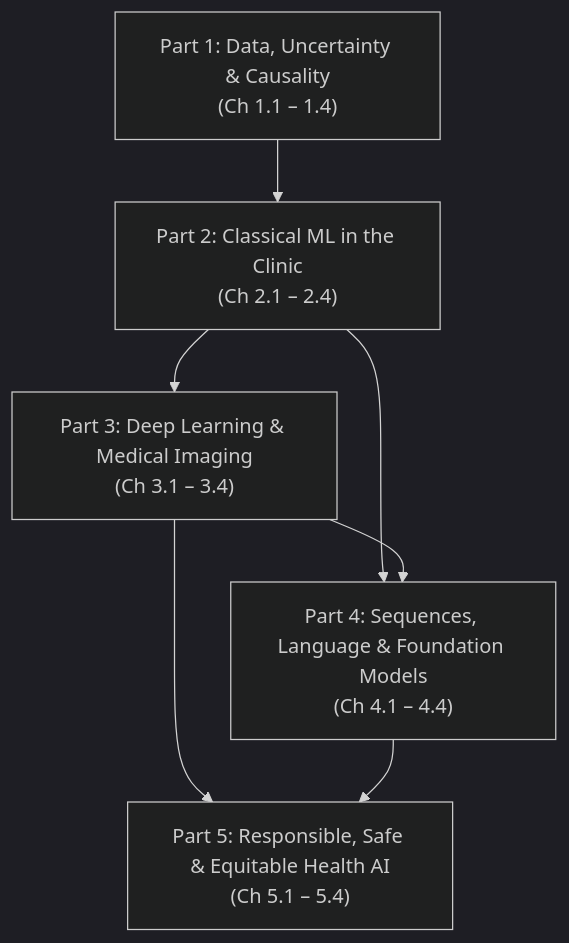
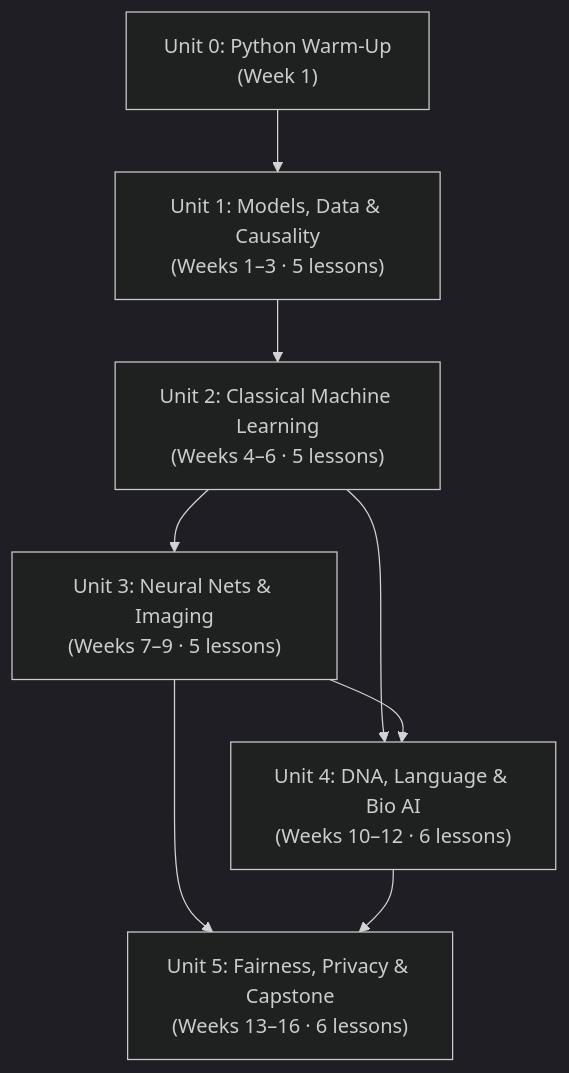
The diagram in pacing.md (5x5x5x5/taihls), drawn with Mermaid (dark theme) before and after one commit. The commit also changed other lines of this file and 62 other files, not shown here.

Commit message:
Redesign curriculum-v2 for a full-semester (16-week) advanced HS class (28 bite-sized lessons)

````diff
--- a/pacing.md
+++ b/pacing.md
@@ -14,9 +14,10 @@
 ```{mermaid}
 flowchart TD
-    P1["Part 1: Data, Uncertainty & Causality<br/>(Ch 1.1 – 1.4)"] --> P2["Part 2: Classical ML in the Clinic<br/>(Ch 2.1 – 2.4)"]
-    P2 --> P3["Part 3: Deep Learning & Medical Imaging<br/>(Ch 3.1 – 3.4)"]
-    P2 --> P4["Part 4: Sequences, Language & Foundation Models<br/>(Ch 4.1 – 4.4)"]
-    P3 --> P4
-    P3 --> P5["Part 5: Responsible, Safe & Equitable Health AI<br/>(Ch 5.1 – 5.4)"]
-    P4 --> P5
+    U0["Unit 0: Python Warm-Up<br/>(Week 1)"] --> U1["Unit 1: Models, Data & Causality<br/>(Weeks 1–3 · 5 lessons)"]
+    U1 --> U2["Unit 2: Classical Machine Learning<br/>(Weeks 4–6 · 5 lessons)"]
+    U2 --> U3["Unit 3: Neural Nets & Imaging<br/>(Weeks 7–9 · 5 lessons)"]
+    U2 --> U4["Unit 4: DNA, Language & Bio AI<br/>(Weeks 10–12 · 6 lessons)"]
+    U3 --> U4
+    U3 --> U5["Unit 5: Fairness, Privacy & Capstone<br/>(Weeks 13–16 · 6 lessons)"]
+    U4 --> U5
 ```
````
